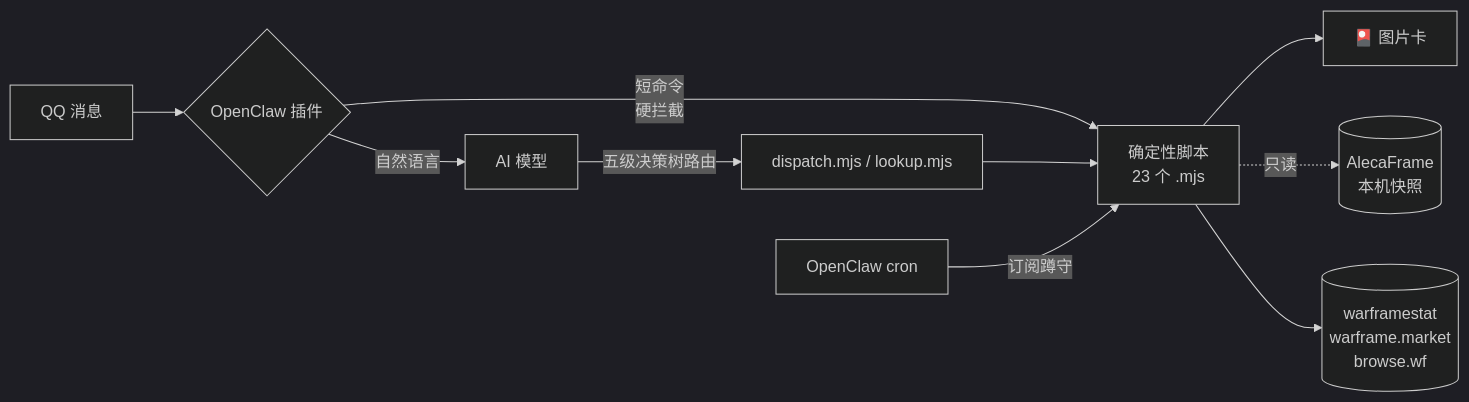
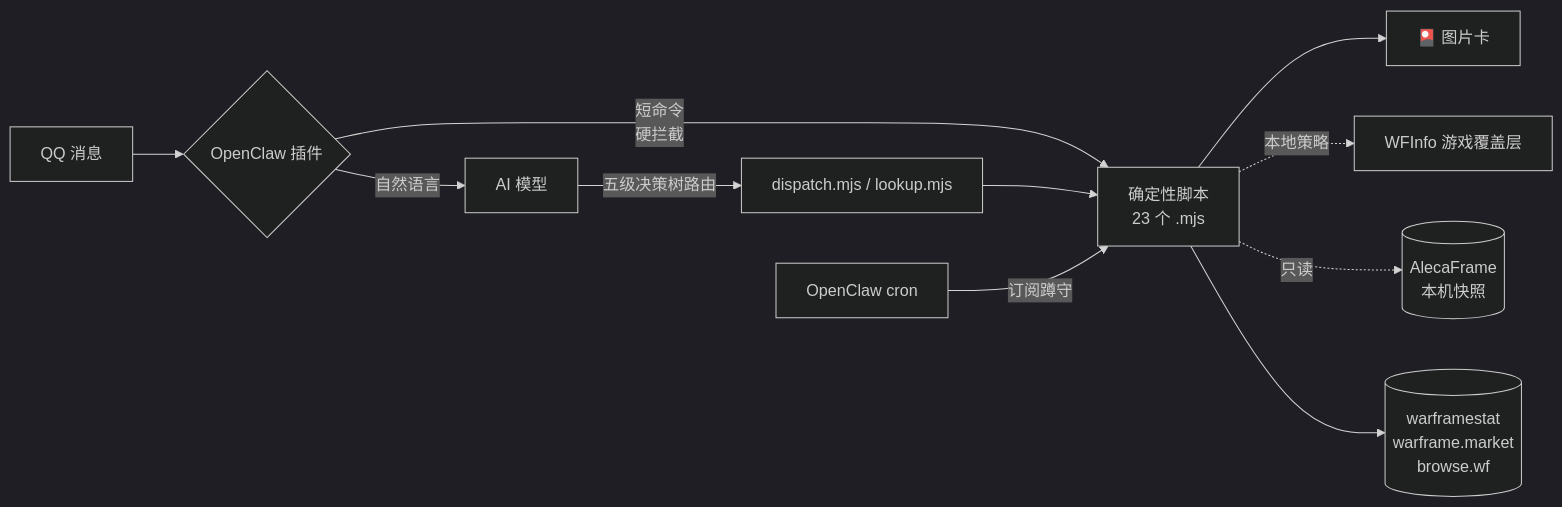
Before and after one commit to FFangx/openclaw-warframe-assistant: the diagram in README.md, drawn with Mermaid (dark theme). The commit also changed other lines of this file and 9 other files, not shown here.

````diff
--- a/README.md
+++ b/README.md
@@ -62,12 +63,13 @@
 ```mermaid
 flowchart LR
     QQ[QQ 消息] --> P{OpenClaw 插件}
     P -->|短命令<br/>硬拦截| S[确定性脚本<br/>23 个 .mjs]
     P -->|自然语言| AI[AI 模型]
     AI -->|五级决策树路由| D[dispatch.mjs / lookup.mjs]
     D --> S
     S --> C[🎴 图片卡]
+    S -.本地策略.-> W[WFInfo 游戏覆盖层]
     S -.只读.-> A[(AlecaFrame<br/>本机快照)]
     S --> API[(warframestat<br/>warframe.market<br/>browse.wf)]
     CRON[OpenClaw cron] -->|订阅蹲守| S
 ```
````
